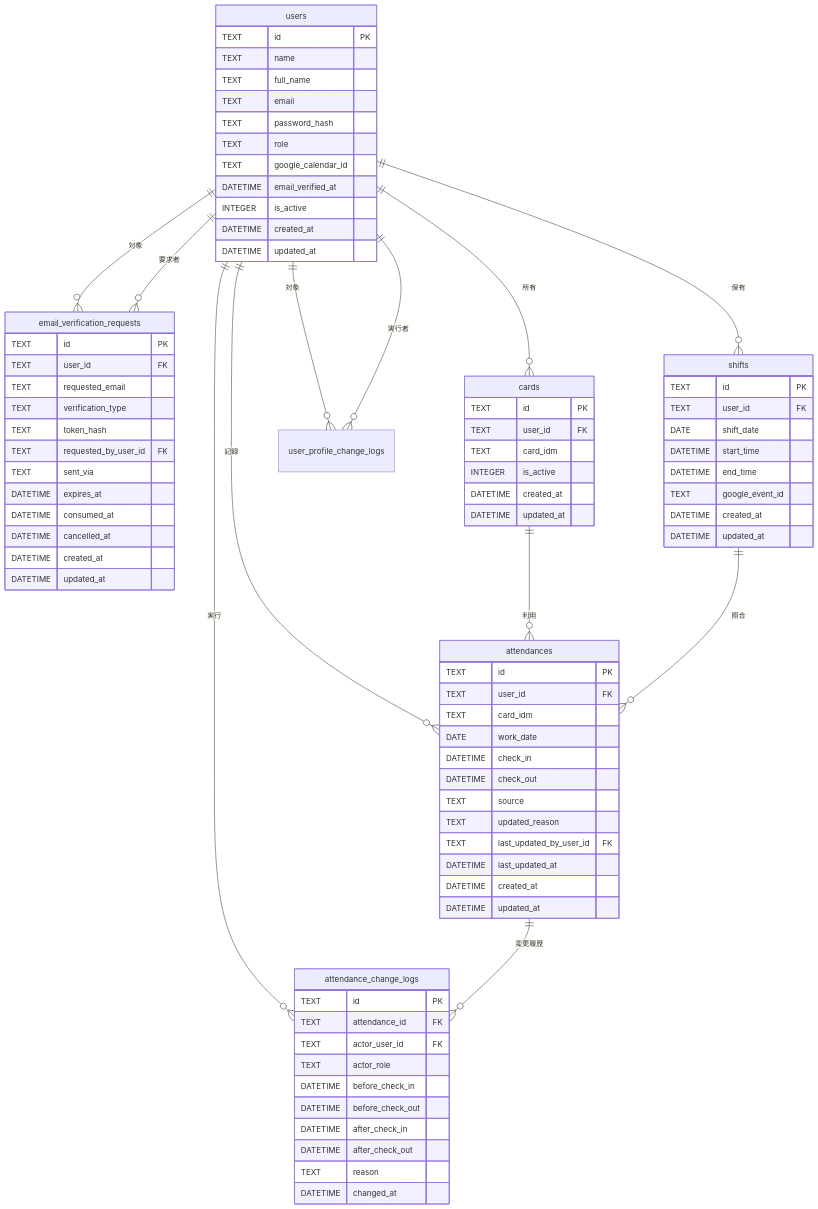
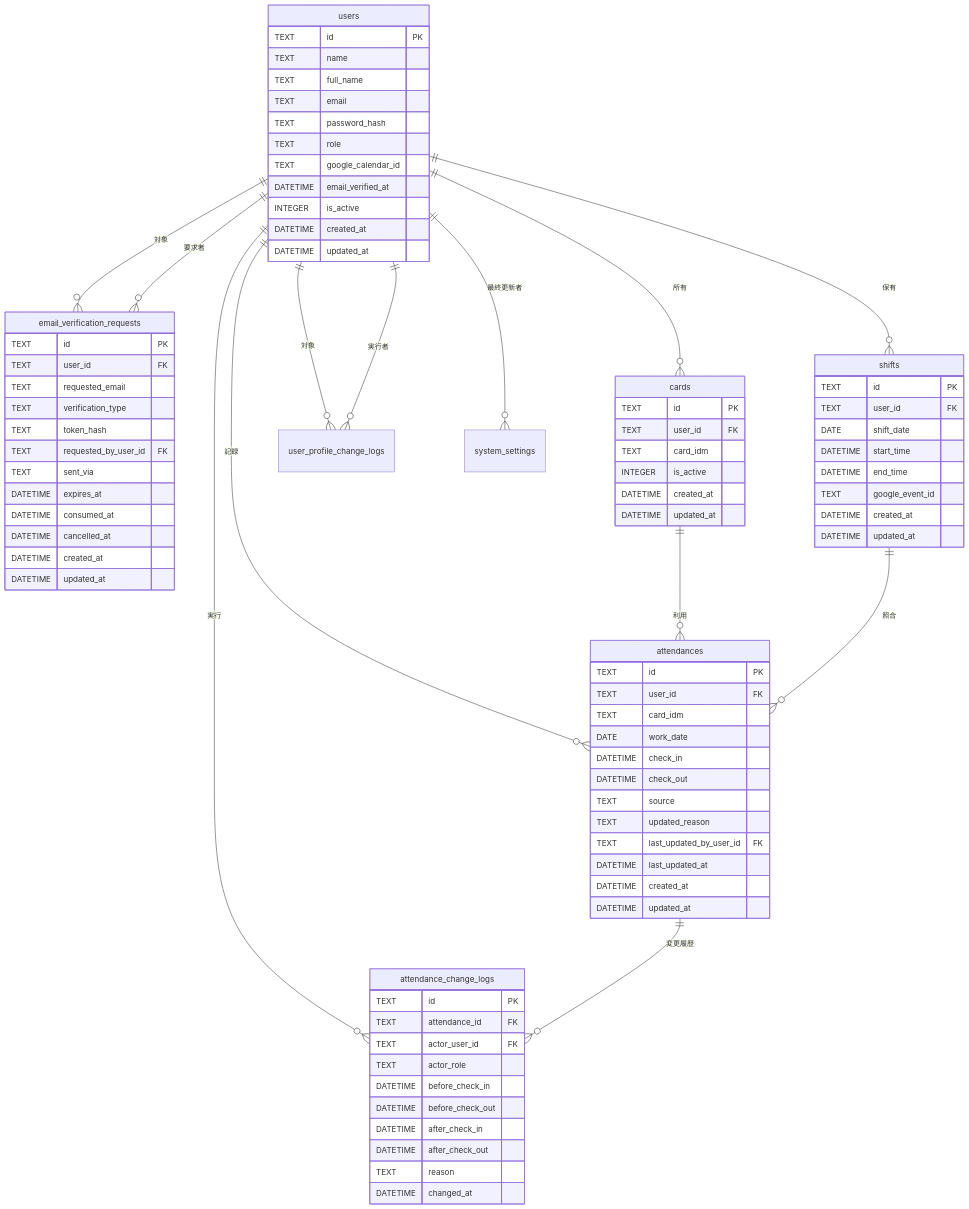
Before and after one commit to tukumanalab/kint: the first of 5 diagrams in docs/database-design.md, drawn with Mermaid. The commit also changed other lines of this file and 4 other files, not shown here.

````diff
--- a/docs/database-design.md
+++ b/docs/database-design.md
@@ -303,5 +336,6 @@
   attendances ||--o{ attendance_change_logs : 変更履歴
   users ||--o{ user_profile_change_logs : 対象
   users ||--o{ user_profile_change_logs : 実行者
+  users ||--o{ system_settings : 最終更新者
   shifts ||--o{ attendances : 照合
 ```
````
